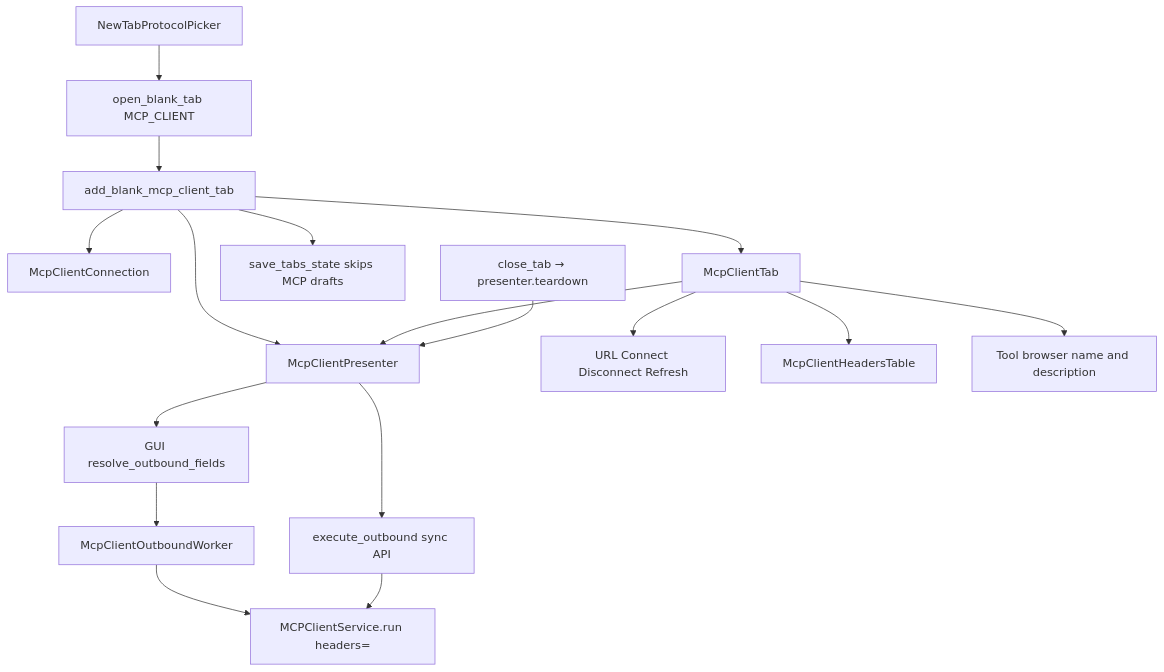
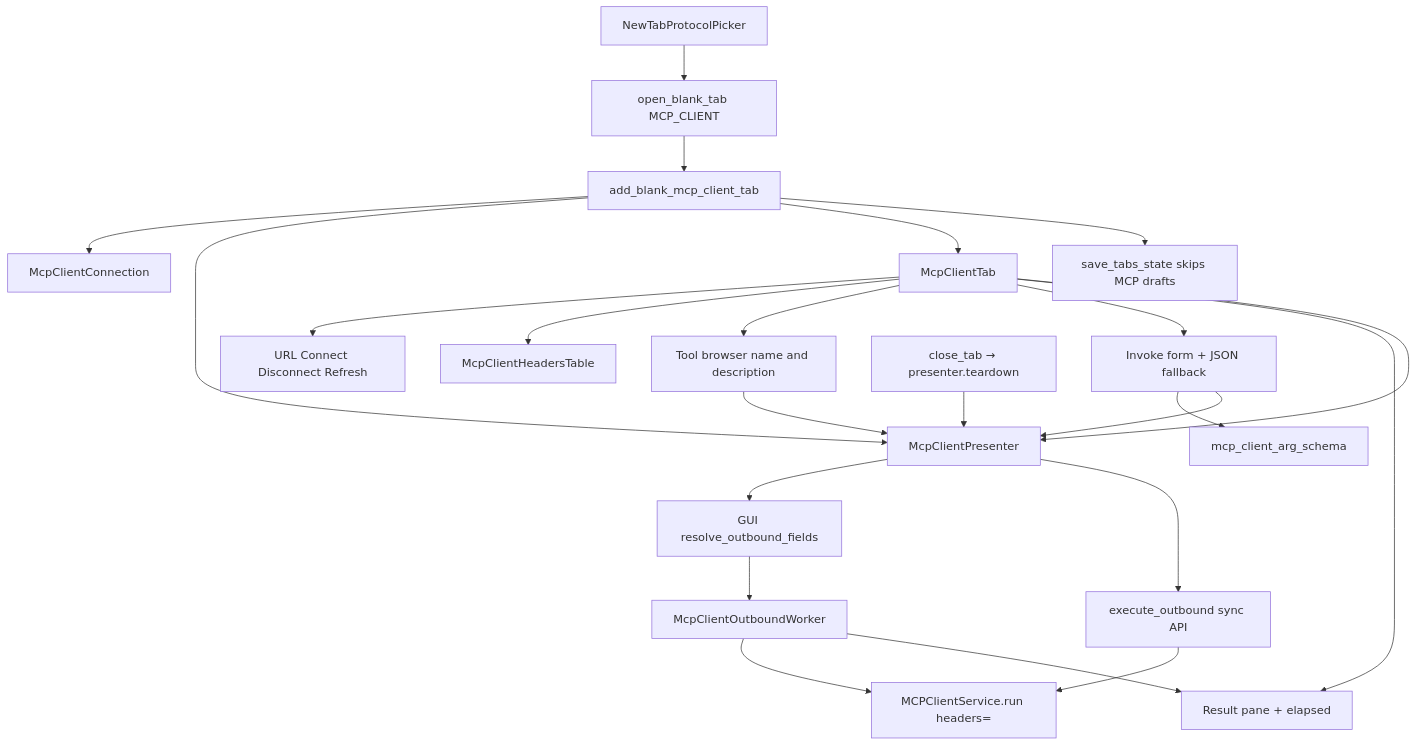
The diagram in doc/dev/mcp_client_draft_tab.md (koctep/pypost), drawn with Mermaid before and after one commit. The commit also changed other lines of this file and 31 other files, not shown here.

First line of the commit message:
feature(tabs): PYPOST-1170 add MCP Client schema-guided call_tool invoke

````diff
--- a/doc/dev/mcp_client_draft_tab.md
+++ b/doc/dev/mcp_client_draft_tab.md
@@ -77,35 +92,44 @@
 ```mermaid
 flowchart TB
     Picker["NewTabProtocolPicker"]
     OpenBlank["open_blank_tab MCP_CLIENT"]
     Factory["add_blank_mcp_client_tab"]
     Conn["McpClientConnection"]
     Pres["McpClientPresenter"]
     Tab["McpClientTab"]
     Bar["URL Connect Disconnect Refresh"]
     Hdr["McpClientHeadersTable"]
     Tools["Tool browser name and description"]
+    Form["Invoke form + JSON fallback"]
+    Result["Result pane + elapsed"]
     Save["save_tabs_state skips MCP drafts"]
     Close["close_tab → presenter.teardown"]
     Resolve["GUI resolve_outbound_fields"]
     Worker["McpClientOutboundWorker"]
     Svc["MCPClientService.run headers="]
     Exec["execute_outbound sync API"]
+    Schema["mcp_client_arg_schema"]
 
     Picker --> OpenBlank
     OpenBlank --> Factory
     Factory --> Conn
     Factory --> Pres
     Factory --> Tab
     Tab --> Bar
     Tab --> Hdr
     Tab --> Tools
+    Tab --> Form
+    Tab --> Result
     Tab --> Pres
+    Tools --> Pres
+    Form --> Schema
+    Form --> Pres
     Factory --> Save
     Close --> Pres
     Pres --> Resolve
     Resolve --> Worker
     Worker --> Svc
+    Worker --> Result
     Pres --> Exec
     Exec --> Svc
 ```
````
